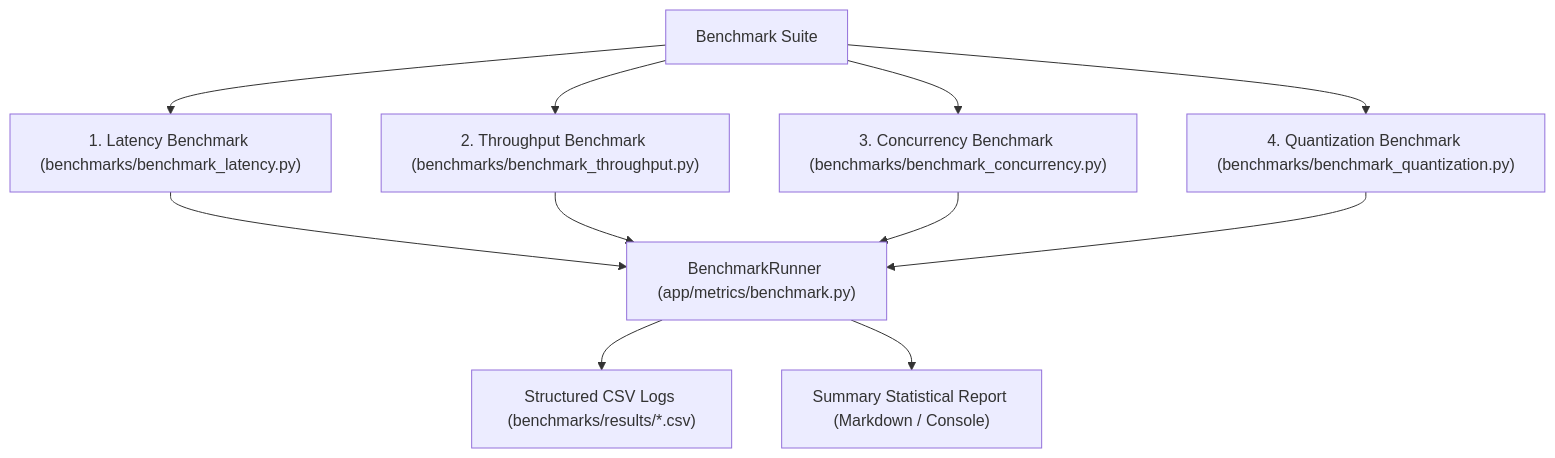
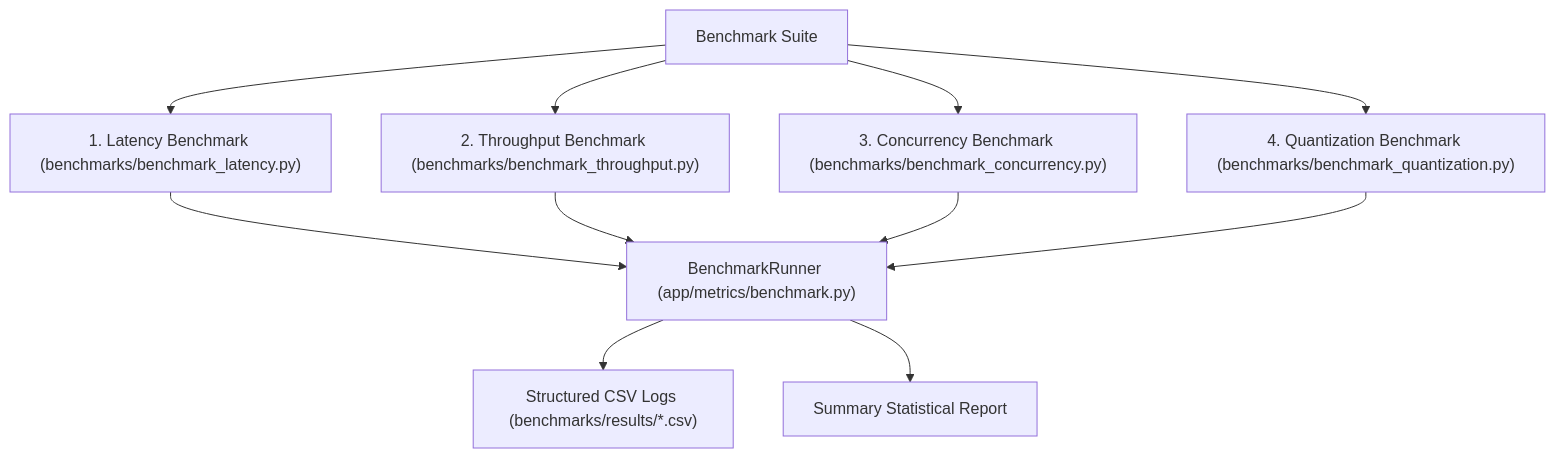
One commit to Sandeep-kumar-IITR/LLM-Inference changed the diagram in docs/benchmarking.md. Above: the diagram before and after it, drawn with Mermaid. The commit also changed 4 other files, not shown here.

````diff
--- a/docs/benchmarking.md
+++ b/docs/benchmarking.md
@@ -18,11 +18,15 @@
 ```mermaid
-graph TD
+flowchart TD
     Suite["Benchmark Suite"] --> Lat["1. Latency Benchmark (benchmarks/benchmark_latency.py)"]
     Suite --> TP["2. Throughput Benchmark (benchmarks/benchmark_throughput.py)"]
     Suite --> Conc["3. Concurrency Benchmark (benchmarks/benchmark_concurrency.py)"]
     Suite --> Quant["4. Quantization Benchmark (benchmarks/benchmark_quantization.py)"]
 
-    Lat & TP & Conc & Quant --> Runner["BenchmarkRunner (app/metrics/benchmark.py)"]
+    Lat --> Runner["BenchmarkRunner (app/metrics/benchmark.py)"]
+    TP --> Runner
+    Conc --> Runner
+    Quant --> Runner
+
     Runner --> CSV["Structured CSV Logs (benchmarks/results/*.csv)"]
-    Runner --> Report["Summary Statistical Report (Markdown / Console)"]
+    Runner --> Report["Summary Statistical Report"]
 ```
````
